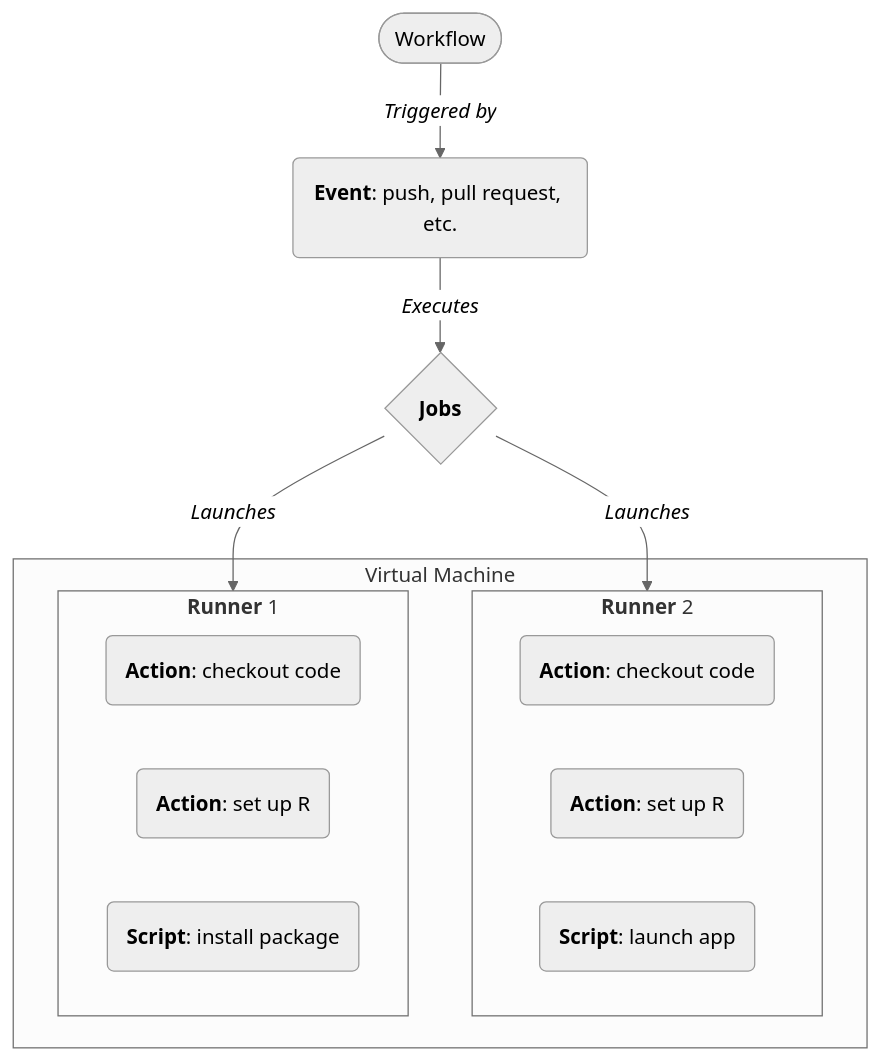
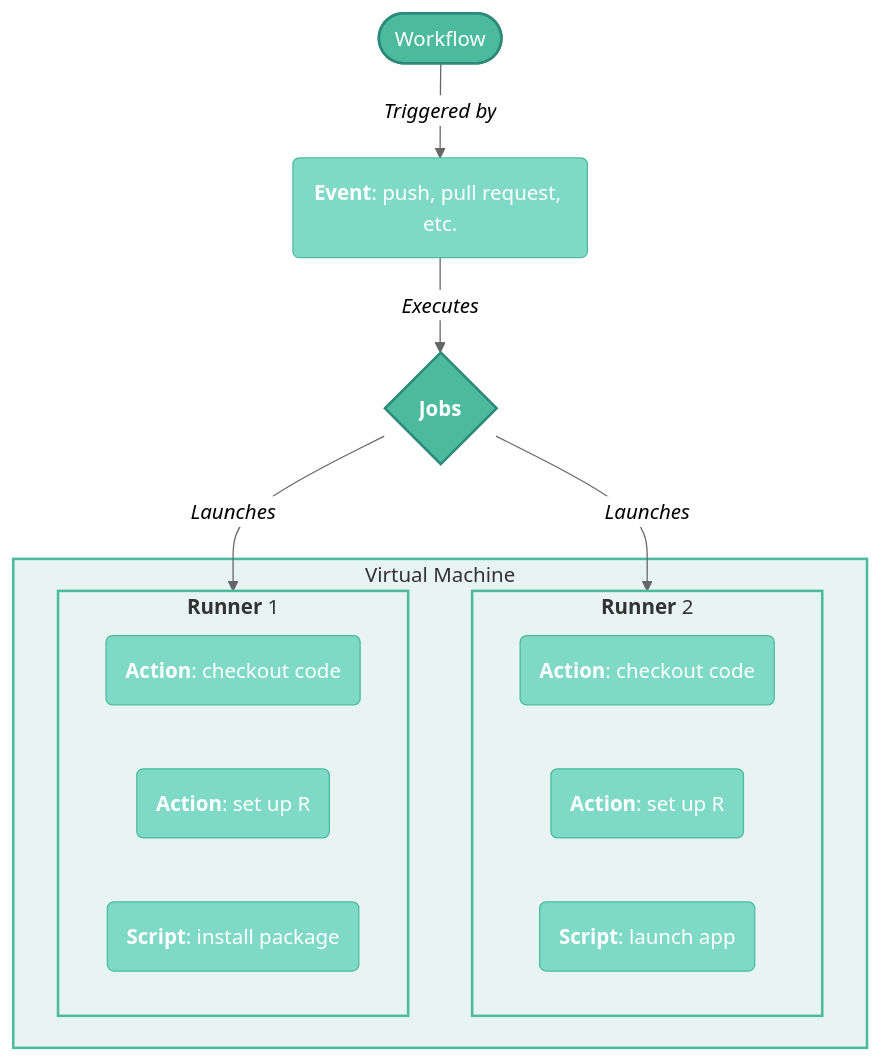
The fourth of 8 diagrams in gha.qmd (mjfrigaard/shiny-app-pkgs), drawn with Mermaid before and after one commit. The commit also changed other lines of this file, not shown here.

First line of the commit message:
Style first 5 mermaid diagrams in gha.qmd with teal palette

````diff
--- a/gha.qmd
+++ b/gha.qmd
@@ -270,23 +284,36 @@
 ```{mermaid}
 %%| fig-align: center
 %%{init: {'theme': 'neutral', 'themeVariables': { 'fontFamily': 'monospace', "fontSize":"16px"}}}%%
 
-flowchart 
+flowchart
   workflow(["Workflow"]) -->|"<em>Triggered by<em>"| event("<strong>Event</strong>: push, pull request, etc.")
-  
+
   subgraph VM["Virtual Machine"]
     subgraph runner02["<strong>Runner</strong> 2"]
         action02a("<strong>Action</strong>: checkout code")
         action02b("<strong>Action</strong>: set up R")
         step02a("<strong>Script</strong>: launch app")
     end
     subgraph runner01["<strong>Runner</strong> 1"]
         action01a("<strong>Action</strong>: checkout code")
         action01b("<strong>Action</strong>: set up R")
         step01a("<strong>Script</strong>: install package")
     end
   end
 
   event --> |"<em>Executes</em>"| Jobs{"<strong>Jobs</strong>"}
   Jobs --> |"<em>Launches</em>"|runner01 & runner02
+
+  style workflow fill:#4CBB9D,color:#fff,stroke:#2d8a7a,stroke-width:2px
+  style event fill:#7fd9c7,color:#fff,stroke:#4CBB9D,stroke-width:1px
+  style Jobs fill:#4CBB9D,color:#fff,stroke:#2d8a7a,stroke-width:2px
+  style VM fill:#e8f4f1,stroke:#4CBB9D,stroke-width:2px
+  style runner01 fill:#e8f4f1,stroke:#4CBB9D,stroke-width:2px
+  style runner02 fill:#e8f4f1,stroke:#4CBB9D,stroke-width:2px
+  style action01a fill:#7fd9c7,color:#fff,stroke:#4CBB9D,stroke-width:1px
+  style action01b fill:#7fd9c7,color:#fff,stroke:#4CBB9D,stroke-width:1px
+  style action02a fill:#7fd9c7,color:#fff,stroke:#4CBB9D,stroke-width:1px
+  style action02b fill:#7fd9c7,color:#fff,stroke:#4CBB9D,stroke-width:1px
+  style step01a fill:#7fd9c7,color:#fff,stroke:#4CBB9D,stroke-width:1px
+  style step02a fill:#7fd9c7,color:#fff,stroke:#4CBB9D,stroke-width:1px
 ```
````
